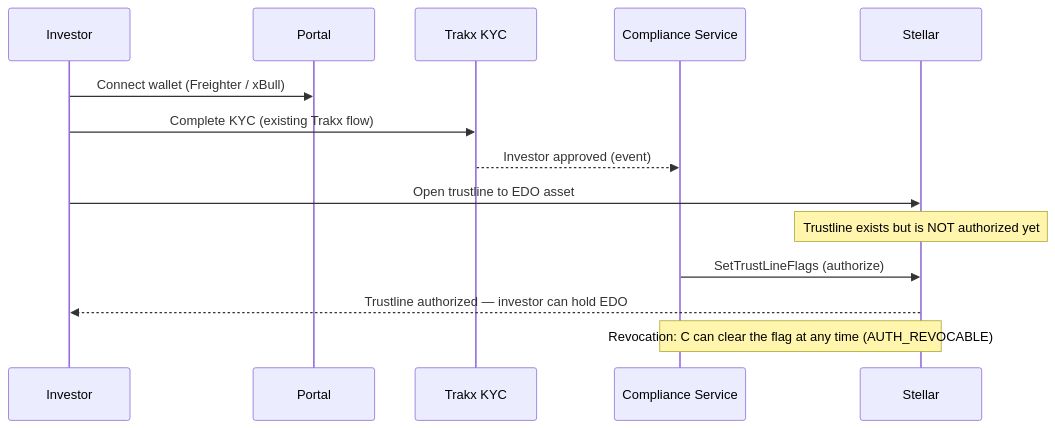
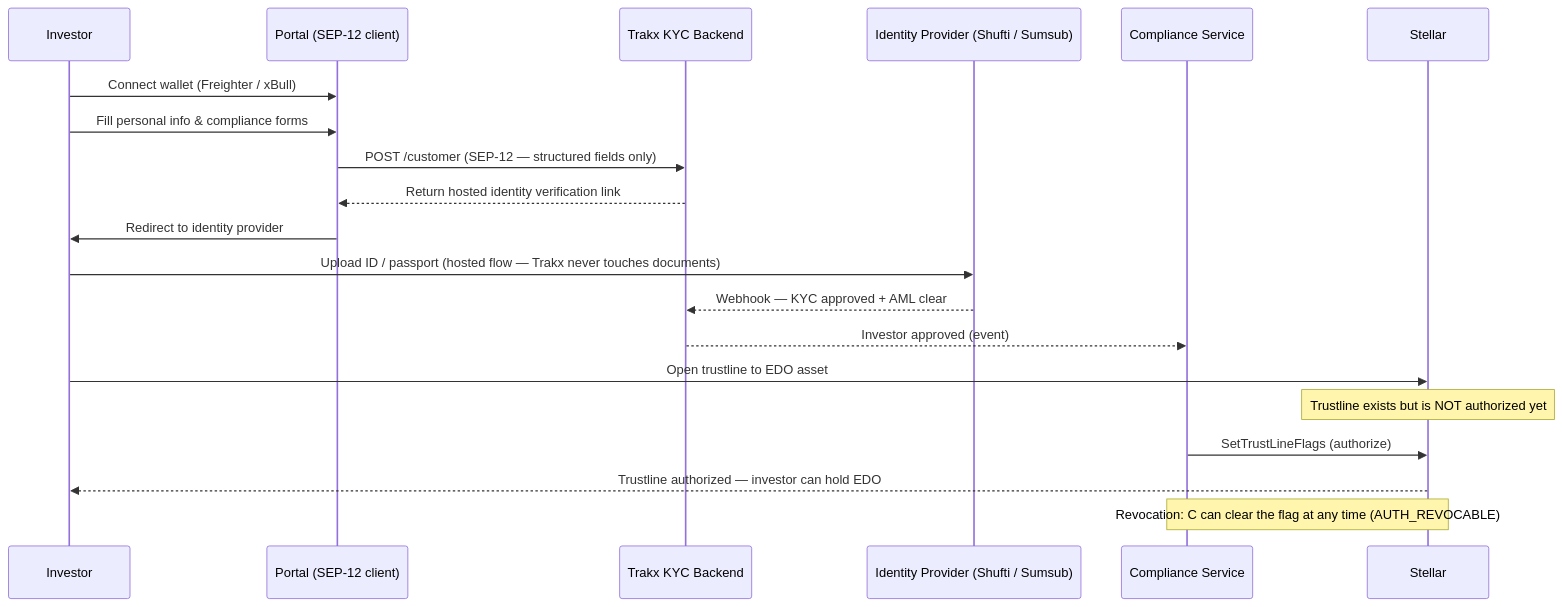
Before and after one commit to trakx/stellar-strategy-rails: the second of 4 diagrams in docs/ARCHITECTURE.md, drawn with Mermaid. The commit also changed other lines of this file, not shown here.

Commit message:
Revise KYC onboarding flow and diagram in ARCHITECTURE.md
Updated KYC data collection process and sequence diagram in the architecture documentation.

````diff
--- a/docs/ARCHITECTURE.md
+++ b/docs/ARCHITECTURE.md
@@ -108,17 +110,23 @@
 ```mermaid
 sequenceDiagram
     participant I as Investor
-    participant P as Portal
-    participant K as Trakx KYC
+    participant P as Portal (SEP-12 client)
+    participant K as Trakx KYC Backend
+    participant V as Identity Provider (Shufti / Sumsub)
     participant C as Compliance Service
     participant S as Stellar
 
     I->>P: Connect wallet (Freighter / xBull)
-    I->>K: Complete KYC (existing Trakx flow)
+    I->>P: Fill personal info & compliance forms
+    P->>K: POST /customer (SEP-12 — structured fields only)
+    K-->>P: Return hosted identity verification link
+    P->>I: Redirect to identity provider
+    I->>V: Upload ID / passport (hosted flow — Trakx never touches documents)
+    V-->>K: Webhook — KYC approved + AML clear
     K-->>C: Investor approved (event)
     I->>S: Open trustline to EDO asset
     Note over S: Trustline exists but is NOT authorized yet
     C->>S: SetTrustLineFlags (authorize)
     S-->>I: Trustline authorized — investor can hold EDO
     Note over C,S: Revocation: C can clear the flag at any time (AUTH_REVOCABLE)
 ```
````
